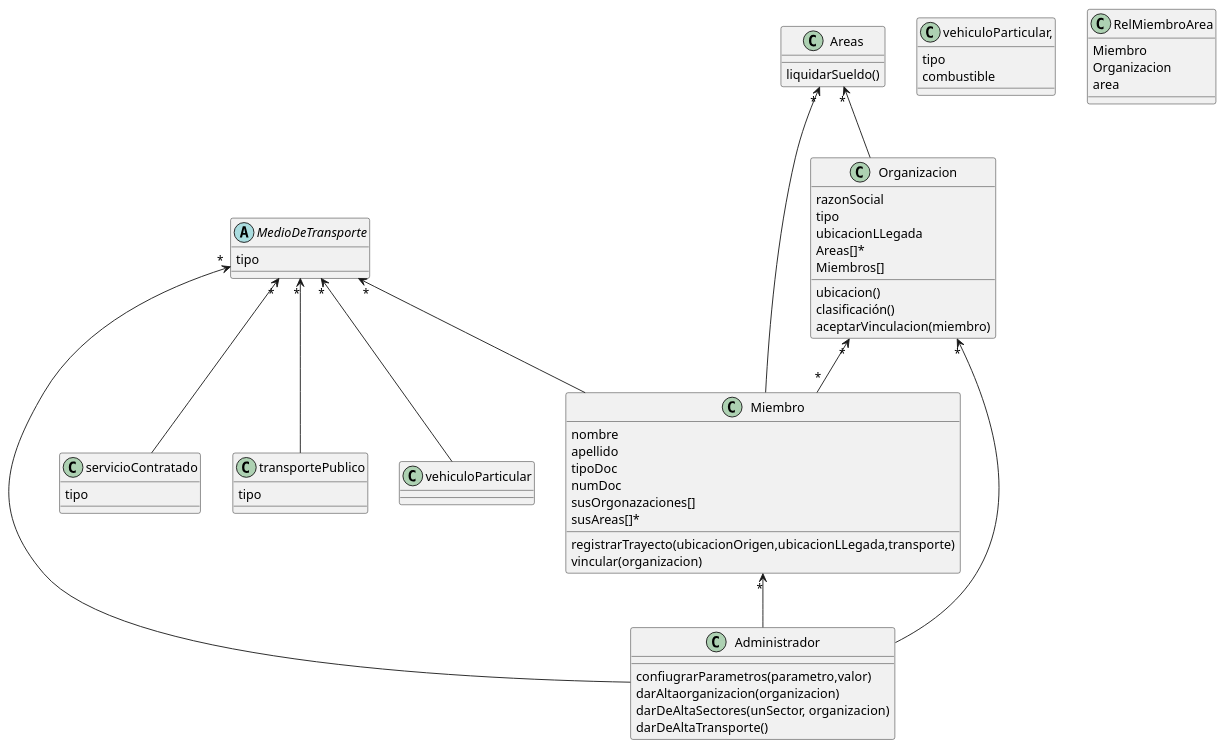
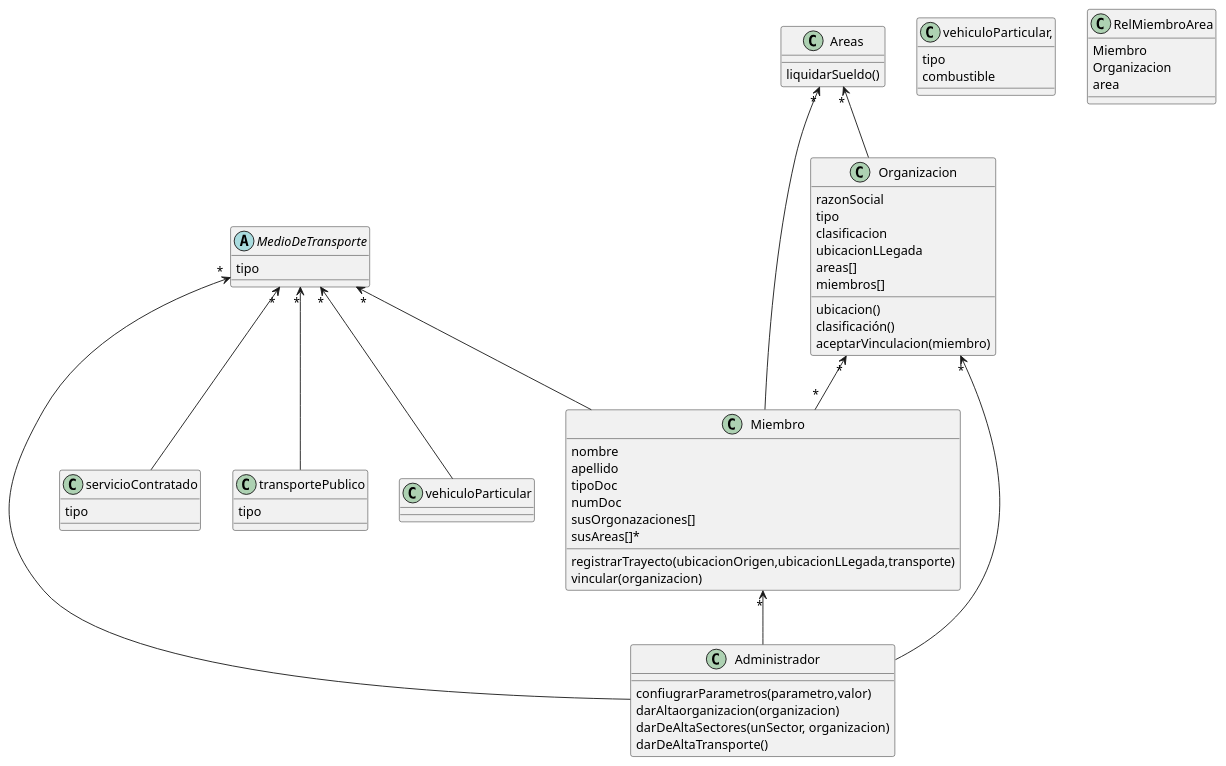
Before and after one commit to Matias-Rossi/DdS-Mi-Impacto-Ambiental: the diagram in UML/Diagrama de Clases.puml, drawn with PlantUML. The commit also changed other lines of this file and 1 other file, not shown here.

Commit message:
planteo de uml

```diff
--- a/UML/Diagrama de Clases.puml
+++ b/UML/Diagrama de Clases.puml
@@ -1,80 +1,79 @@
 @startuml DDS
 
     class Organizacion {
         razonSocial
         tipo
+        clasificacion
         ubicacionLLegada
-        Areas[]*
-        Miembros[]
+        areas[]
+        miembros[]
               
         ubicacion()
         clasificación()
         aceptarVinculacion(miembro)
     }
 
     class Miembro{
         nombre
         apellido
         tipoDoc
         numDoc
         susOrgonazaciones[]
         susAreas[]*
 
         registrarTrayecto(ubicacionOrigen,ubicacionLLegada,transporte) 
         vincular(organizacion)
     }
 
     class Administrador{
         confiugrarParametros(parametro,valor)
         darAltaorganizacion(organizacion)
         darDeAltaSectores(unSector, organizacion)
         darDeAltaTransporte()
         
     }
     abstract MedioDeTransporte{
         tipo
     }
     class vehiculoParticular,{
         tipo
         combustible
 
     }
     class servicioContratado{
         tipo
         
     }
     class transportePublico{
         tipo
     }
 
 
-    
-
     class Areas{
         liquidarSueldo()
         
     }
     class RelMiembroArea{
         Miembro
         Organizacion
         area
     }
     
 
     
 
 
 Organizacion "*"<--"*" Miembro
 MedioDeTransporte "*"<-- Miembro
 Organizacion "*"<-- Administrador
 MedioDeTransporte "*"<-- Administrador
 Miembro "*"<-- Administrador
 Areas "*"<-- Miembro
 Areas "*"<-- Organizacion
 MedioDeTransporte "*"<-- vehiculoParticular
 MedioDeTransporte "*"<-- servicioContratado
 MedioDeTransporte "*"<-- transportePublico
 
 
 
 @enduml
```
